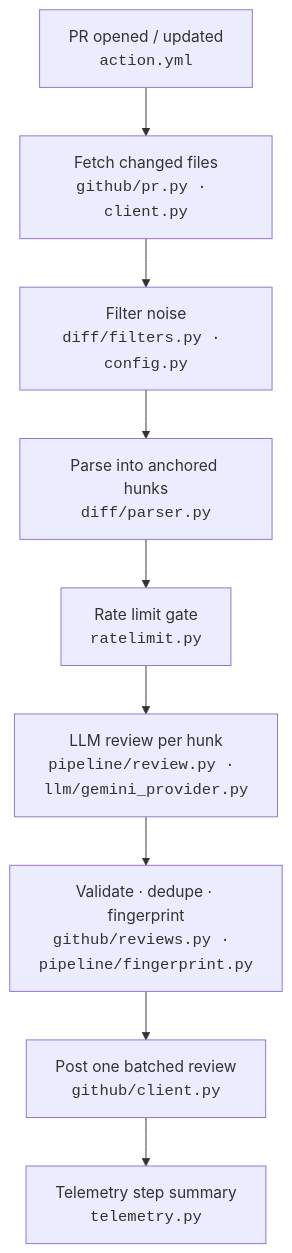
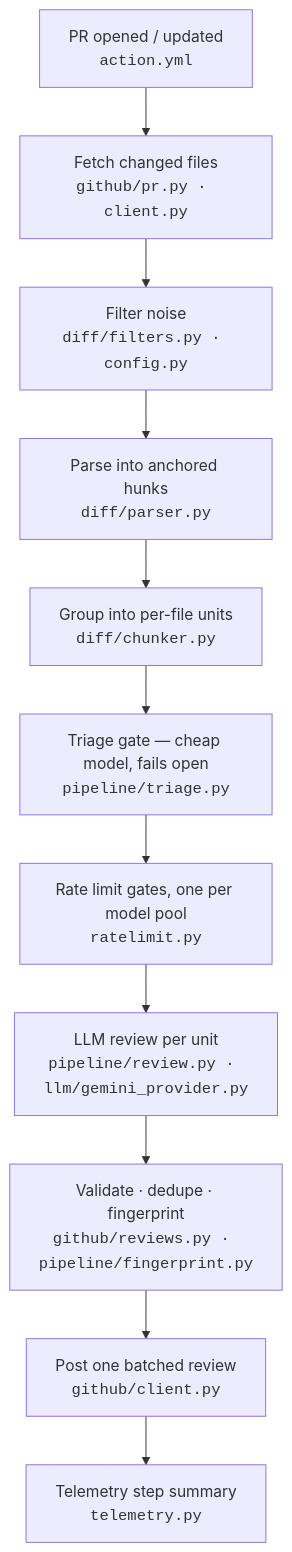
One commit to FazleRas/ai-review-bot changed the diagram in README.md. Above: the diagram before and after it, drawn with Mermaid. The commit also changed other lines of this file and 5 other files, not shown here.

First line of the commit message:
Add triage tier: cheap-model gate on a separate quota pool, fails open

````diff
--- a/README.md
+++ b/README.md
@@ -23,11 +23,13 @@
 ```mermaid
 flowchart TD
     A["PR opened / updated<br/><code>action.yml</code>"] --> B["Fetch changed files<br/><code>github/pr.py · client.py</code>"]
     B --> C["Filter noise<br/><code>diff/filters.py · config.py</code>"]
     C --> D["Parse into anchored hunks<br/><code>diff/parser.py</code>"]
-    D --> E["Rate limit gate<br/><code>ratelimit.py</code>"]
-    E --> F["LLM review per hunk<br/><code>pipeline/review.py · llm/gemini_provider.py</code>"]
+    D --> D2["Group into per-file units<br/><code>diff/chunker.py</code>"]
+    D2 --> D3["Triage gate — cheap model, fails open<br/><code>pipeline/triage.py</code>"]
+    D3 --> E["Rate limit gates, one per model pool<br/><code>ratelimit.py</code>"]
+    E --> F["LLM review per unit<br/><code>pipeline/review.py · llm/gemini_provider.py</code>"]
     F --> G["Validate · dedupe · fingerprint<br/><code>github/reviews.py · pipeline/fingerprint.py</code>"]
     G --> H["Post one batched review<br/><code>github/client.py</code>"]
     H --> I["Telemetry step summary<br/><code>telemetry.py</code>"]
 ```
````
